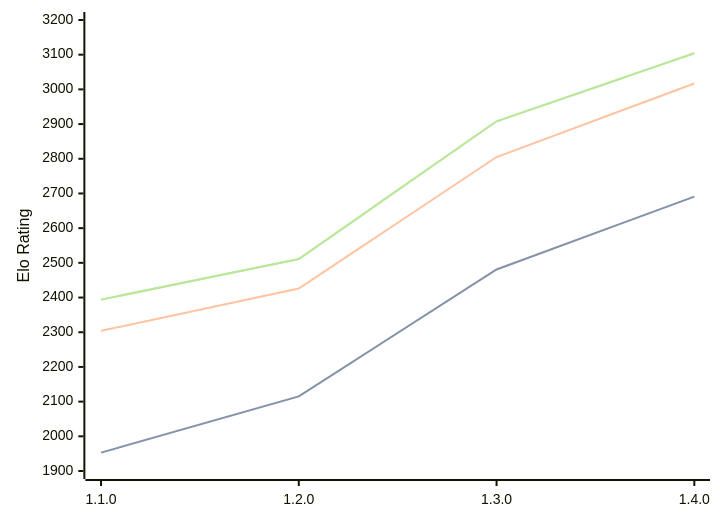
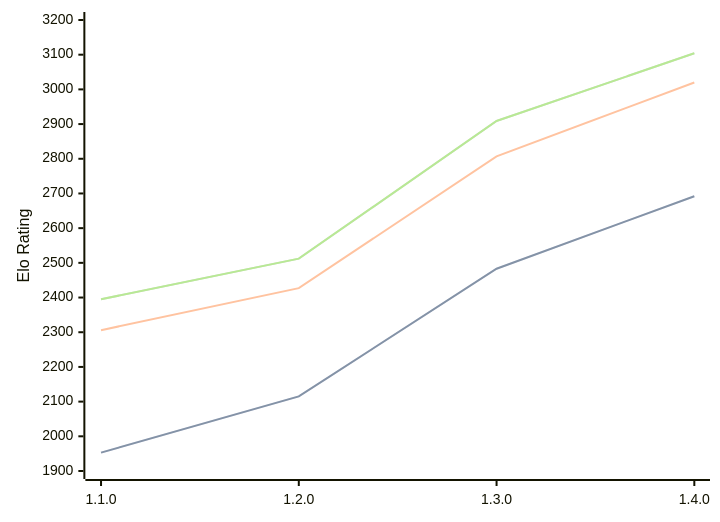
One commit to computer-chess-index/cci changed the third of 3 diagrams in engines/Gyatso.md. Above: the diagram before and after it, drawn with Mermaid. The commit also changed other lines of this file, not shown here.

Commit message:
Update CCI Ratings (ELO VLTC) - 2026-06-30

````diff
--- a/engines/Gyatso.md
+++ b/engines/Gyatso.md
@@ -68,11 +68,11 @@
 ```mermaid
 %%{init: {"theme":"base","themeVariables":{"seriesColors:['#a3a3a3','#222221','#faa371']}}}%%
 xychart-beta
   x-axis ["1.1.0", "1.2.0", "1.3.0", "1.4.0"]
   y-axis "Elo Rating" 1900 --> 3200
-  line "STC (8.0+0.08s)" [1953, 2115, 2481, 2691]
-  line "STC (8.0+0.08s)" [1953, 2115, 2481, 2691]
-  line "LTC (60.0+0.60s)" [2304, 2426, 2805, 3017]
-  line "VLTC (2m24s+1.12s)" [2394, 2511, 2908, 3104]
-  line "VLTC (2m24s+1.12s)" [2394, 2511, 2908, 3104]
+  line "STC (8.0+0.08s)" [1953, 2115, 2483, 2692]
+  line "STC (8.0+0.08s)" [1953, 2115, 2483, 2692]
+  line "LTC (60.0+0.60s)" [2306, 2427, 2807, 3020]
+  line "VLTC (2m24s+1.12s)" [2395, 2512, 2909, 3104]
+  line "VLTC (2m24s+1.12s)" [2395, 2512, 2909, 3104]
 ```
````
